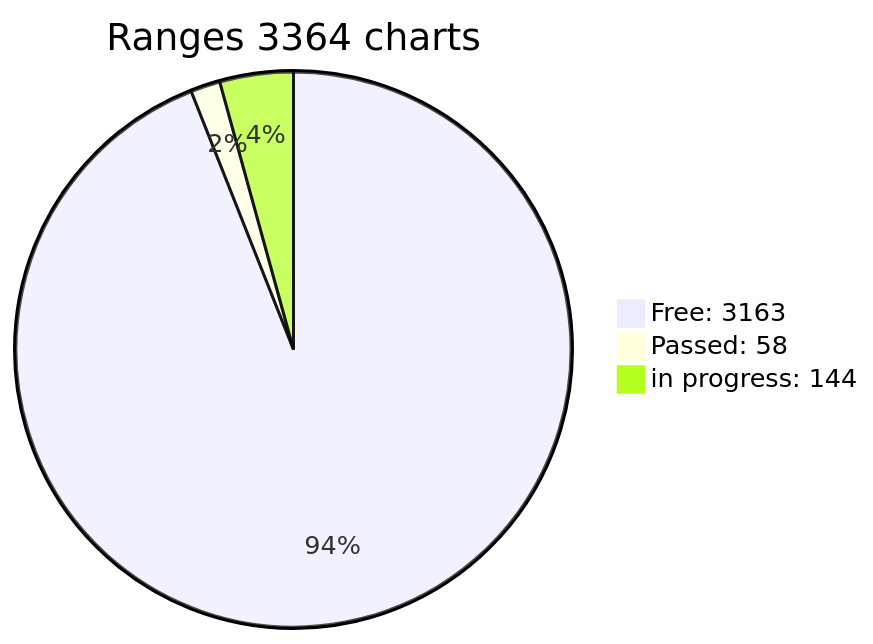
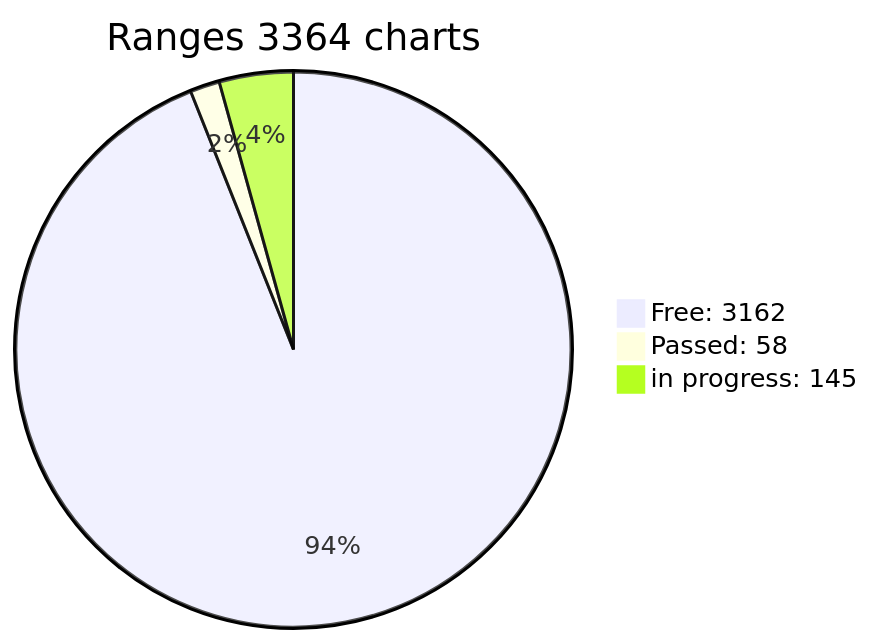
One commit to jonlloner/wif500 changed the diagram in x64/Release/table.md. Above: the diagram before and after it, drawn with Mermaid. The commit also changed other lines of this file, not shown here.

````diff
--- a/x64/Release/table.md
+++ b/x64/Release/table.md
@@ -3,6 +3,6 @@
 ```mermaid
 pie title Ranges 3364 charts
-"Free: 3163" : 3163
+"Free: 3162" : 3162
 "Passed: 58" : 58
-"in progress: 144" : 144
+"in progress: 145" : 145
 ```  
````
